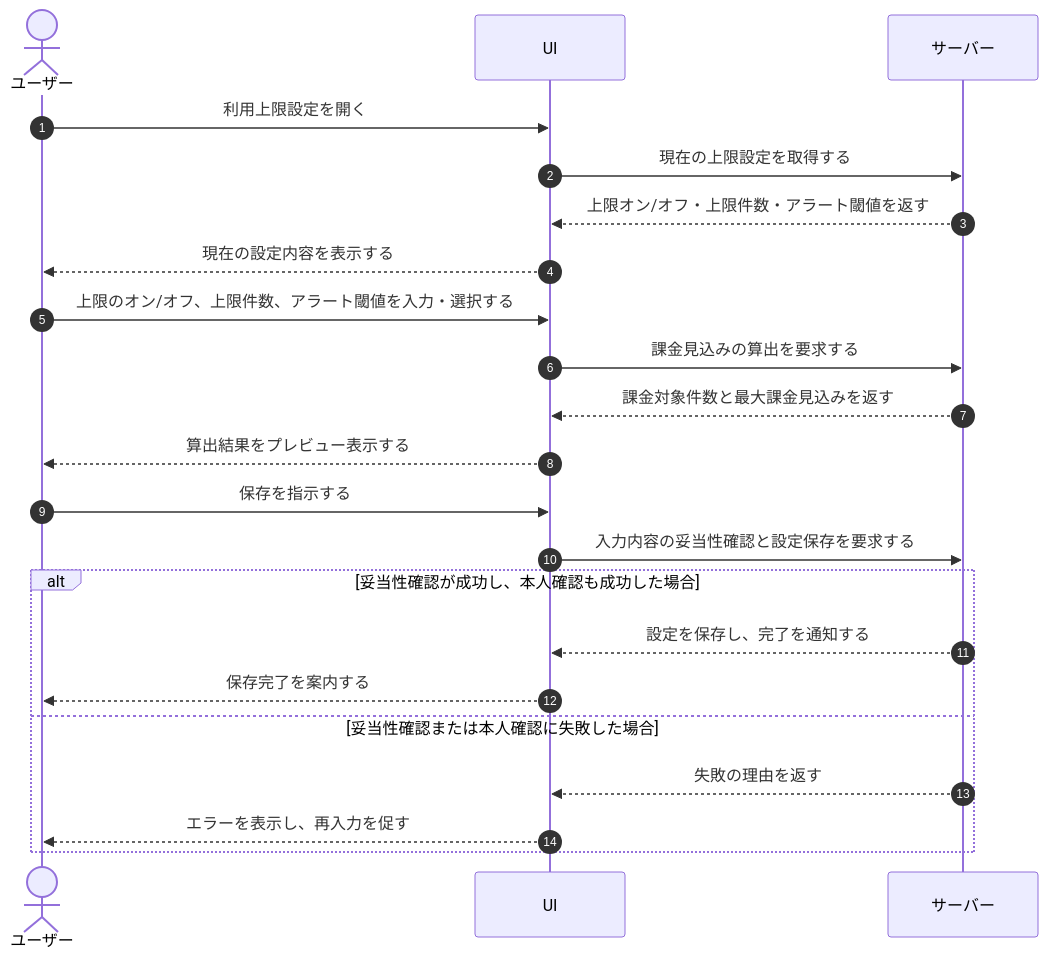
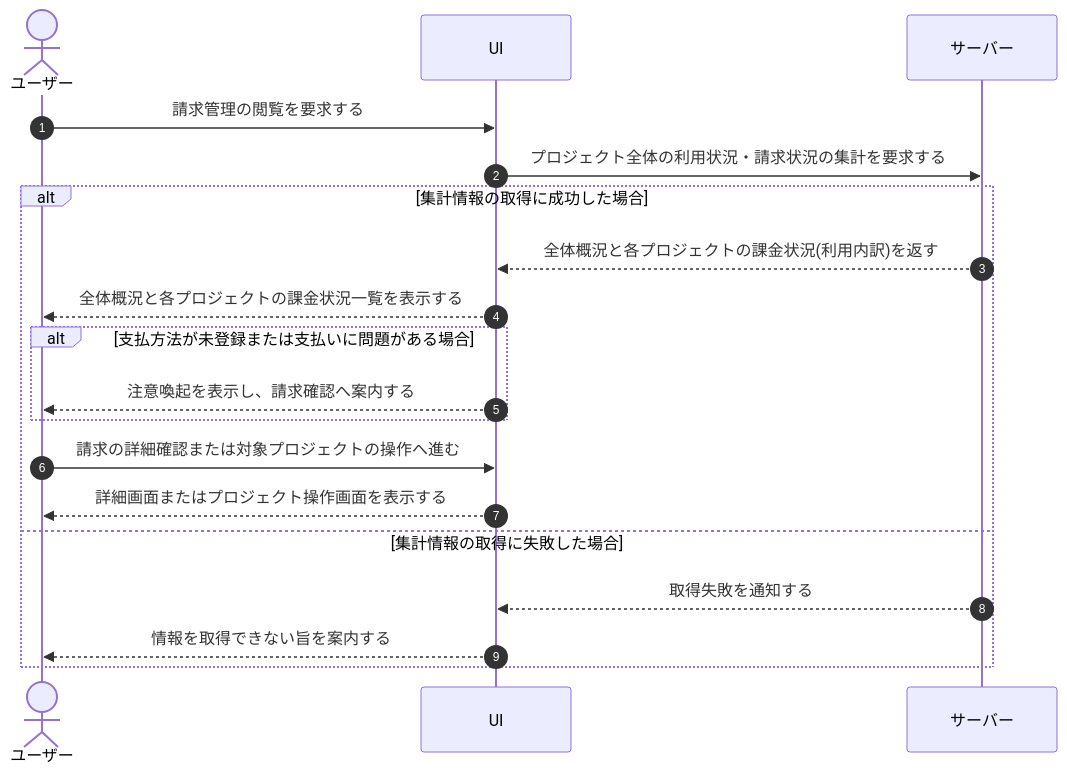
The diagram in 01_requirements/04_business_usecases/UC-035.md (sikakou54/open-faq), drawn with Mermaid before and after one commit. The commit also changed other lines of this file and 395 other files, not shown here.

````diff
--- a/01_requirements/04_business_usecases/UC-035.md
+++ b/01_requirements/04_business_usecases/UC-035.md
@@ -27,25 +26,22 @@
 ```mermaid
 sequenceDiagram
   autonumber
   actor U as ユーザー
   participant UI as UI
   participant S as サーバー
 
-  U->>UI: 利用上限設定を開く
-  UI->>S: 現在の上限設定を取得する
-  S-->>UI: 上限オン/オフ・上限件数・アラート閾値を返す
-  UI-->>U: 現在の設定内容を表示する
-  U->>UI: 上限のオン/オフ、上限件数、アラート閾値を入力・選択する
-  UI->>S: 課金見込みの算出を要求する
-  S-->>UI: 課金対象件数と最大課金見込みを返す
-  UI-->>U: 算出結果をプレビュー表示する
-  U->>UI: 保存を指示する
-  UI->>S: 入力内容の妥当性確認と設定保存を要求する
-  alt 妥当性確認が成功し、本人確認も成功した場合
-    S-->>UI: 設定を保存し、完了を通知する
-    UI-->>U: 保存完了を案内する
-  else 妥当性確認または本人確認に失敗した場合
-    S-->>UI: 失敗の理由を返す
-    UI-->>U: エラーを表示し、再入力を促す
+  U->>UI: 請求管理の閲覧を要求する
+  UI->>S: プロジェクト全体の利用状況・請求状況の集計を要求する
+  alt 集計情報の取得に成功した場合
+    S-->>UI: 全体概況と各プロジェクトの課金状況(利用内訳)を返す
+    UI-->>U: 全体概況と各プロジェクトの課金状況一覧を表示する
+    alt 支払方法が未登録または支払いに問題がある場合
+      UI-->>U: 注意喚起を表示し、請求確認へ案内する
+    end
+    U->>UI: 請求の詳細確認または対象プロジェクトの操作へ進む
+    UI-->>U: 詳細画面またはプロジェクト操作画面を表示する
+  else 集計情報の取得に失敗した場合
+    S-->>UI: 取得失敗を通知する
+    UI-->>U: 情報を取得できない旨を案内する
   end
 ```
````
